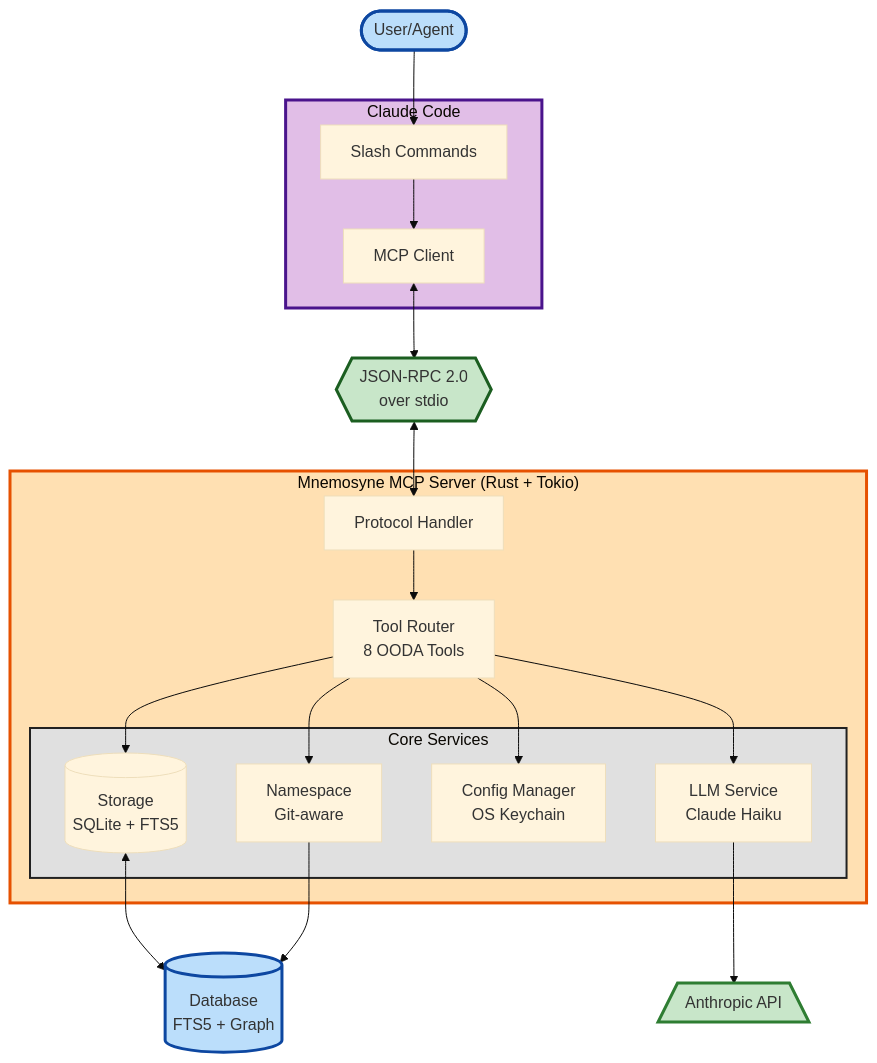
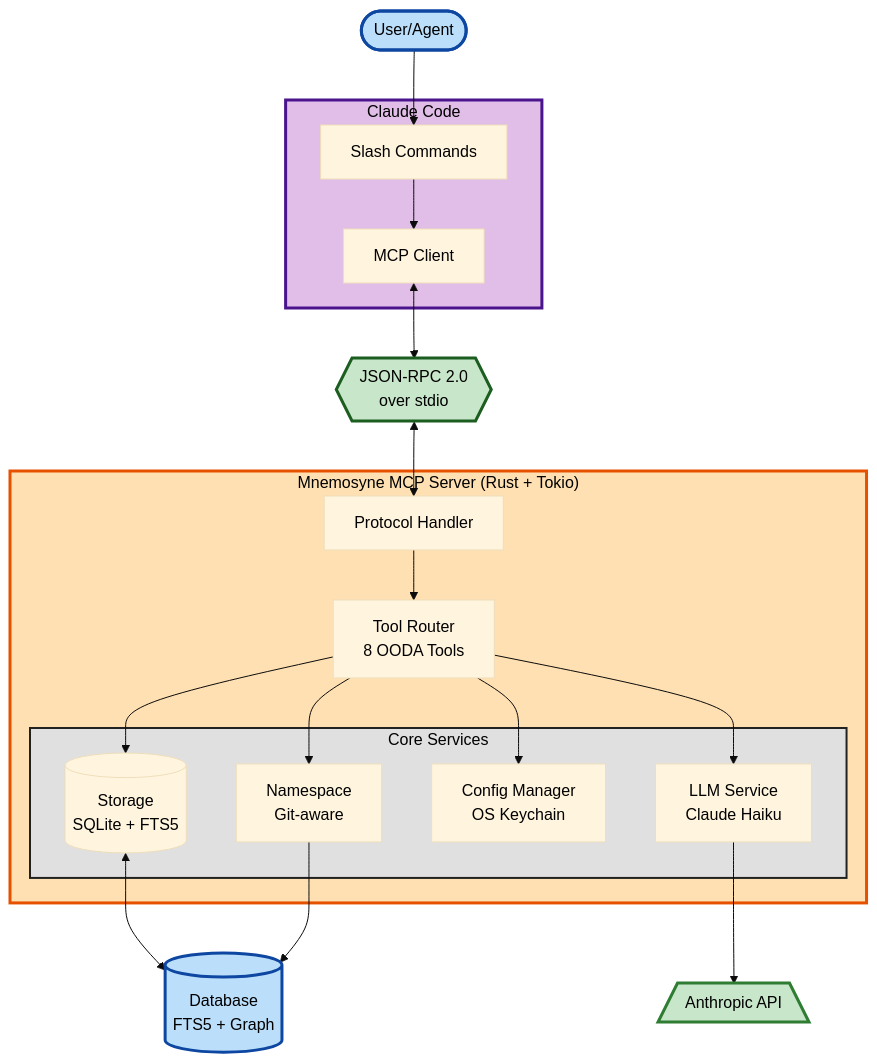
The diagram in MCP_SERVER.md (rand/mnemosyne), drawn with Mermaid (base theme) before and after one commit. The commit also changed 7 other files, not shown here.

````diff
--- a/MCP_SERVER.md
+++ b/MCP_SERVER.md
@@ -399,49 +399,58 @@
 ```mermaid
 flowchart TD
     User([User/Agent])
 
     subgraph Claude["Claude Code"]
         UI[Slash Commands]
         Client[MCP Client]
     end
 
     Protocol{{JSON-RPC 2.0<br/>over stdio}}
 
     subgraph Server["Mnemosyne MCP Server (Rust + Tokio)"]
         Handler[Protocol Handler]
         Router[Tool Router<br/>8 OODA Tools]
 
         subgraph Services["Core Services"]
             Storage[(Storage<br/>SQLite + FTS5)]
             LLM[LLM Service<br/>Claude Haiku]
             Config[Config Manager<br/>OS Keychain]
             NS[Namespace<br/>Git-aware]
         end
     end
 
     API[/Anthropic API\]
     DB[(Database<br/>FTS5 + Graph)]
 
     User --> UI
     UI --> Client
     Client <--> Protocol
     Protocol <--> Handler
     Handler --> Router
 
     Router --> Storage
     Router --> LLM
     Router --> Config
     Router --> NS
 
     Storage <--> DB
     LLM --> API
     NS --> DB
 
-    style User fill:#bbdefb,stroke:#0d47a1,stroke-width:3px
-    style Claude fill:#e1bee7,stroke:#4a148c,stroke-width:3px
-    style Server fill:#ffe0b2,stroke:#e65100,stroke-width:3px
-    style Services fill:#e0e0e0,stroke:#212121,stroke-width:2px
-    style Protocol fill:#c8e6c9,stroke:#1b5e20,stroke-width:3px
-    style API fill:#c8e6c9,stroke:#2e7d32,stroke-width:3px
-    style DB fill:#bbdefb,stroke:#0d47a1,stroke-width:3px
+    style User fill:#bbdefb,stroke:#0d47a1,stroke-width:3px,color:#000
+    style Claude fill:#e1bee7,stroke:#4a148c,stroke-width:3px,color:#000
+    style Server fill:#ffe0b2,stroke:#e65100,stroke-width:3px,color:#000
+    style Services fill:#e0e0e0,stroke:#212121,stroke-width:2px,color:#000
+    style Protocol fill:#c8e6c9,stroke:#1b5e20,stroke-width:3px,color:#000
+    style API fill:#c8e6c9,stroke:#2e7d32,stroke-width:3px,color:#000
+    style DB fill:#bbdefb,stroke:#0d47a1,stroke-width:3px,color:#000
+
+    style UI color:#000
+    style Client color:#000
+    style Handler color:#000
+    style Router color:#000
+    style Storage color:#000
+    style LLM color:#000
+    style Config color:#000
+    style NS color:#000
 ```
````
